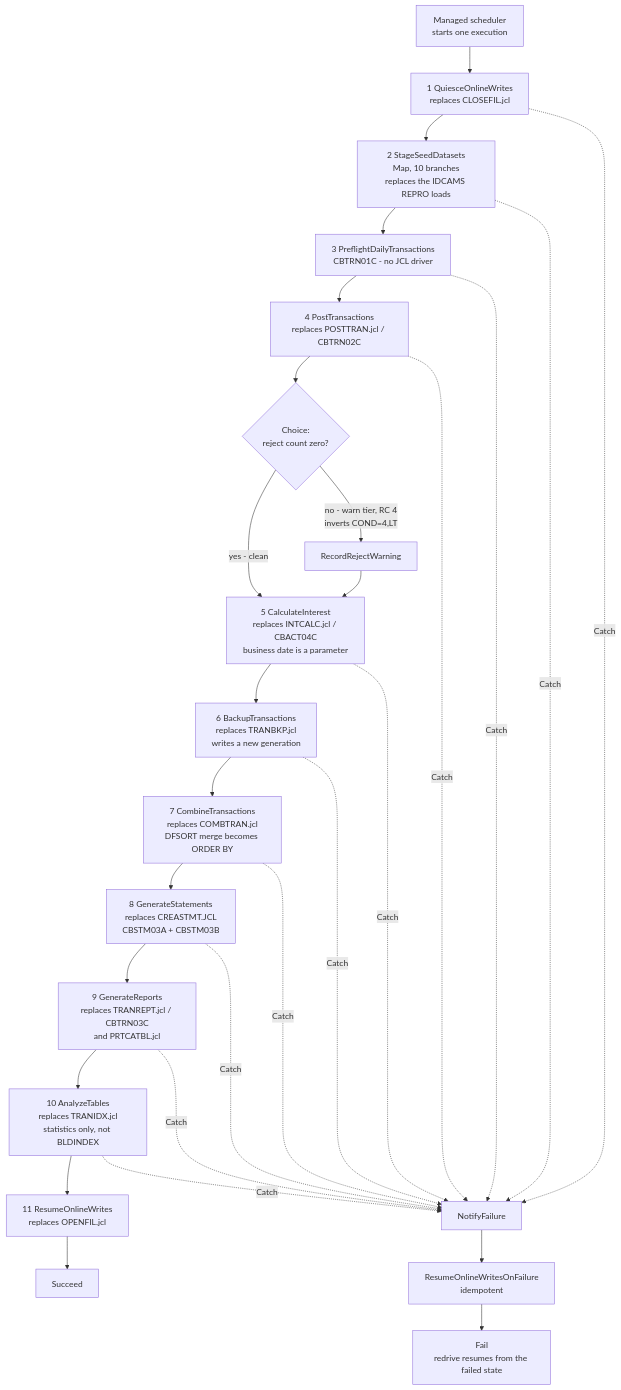
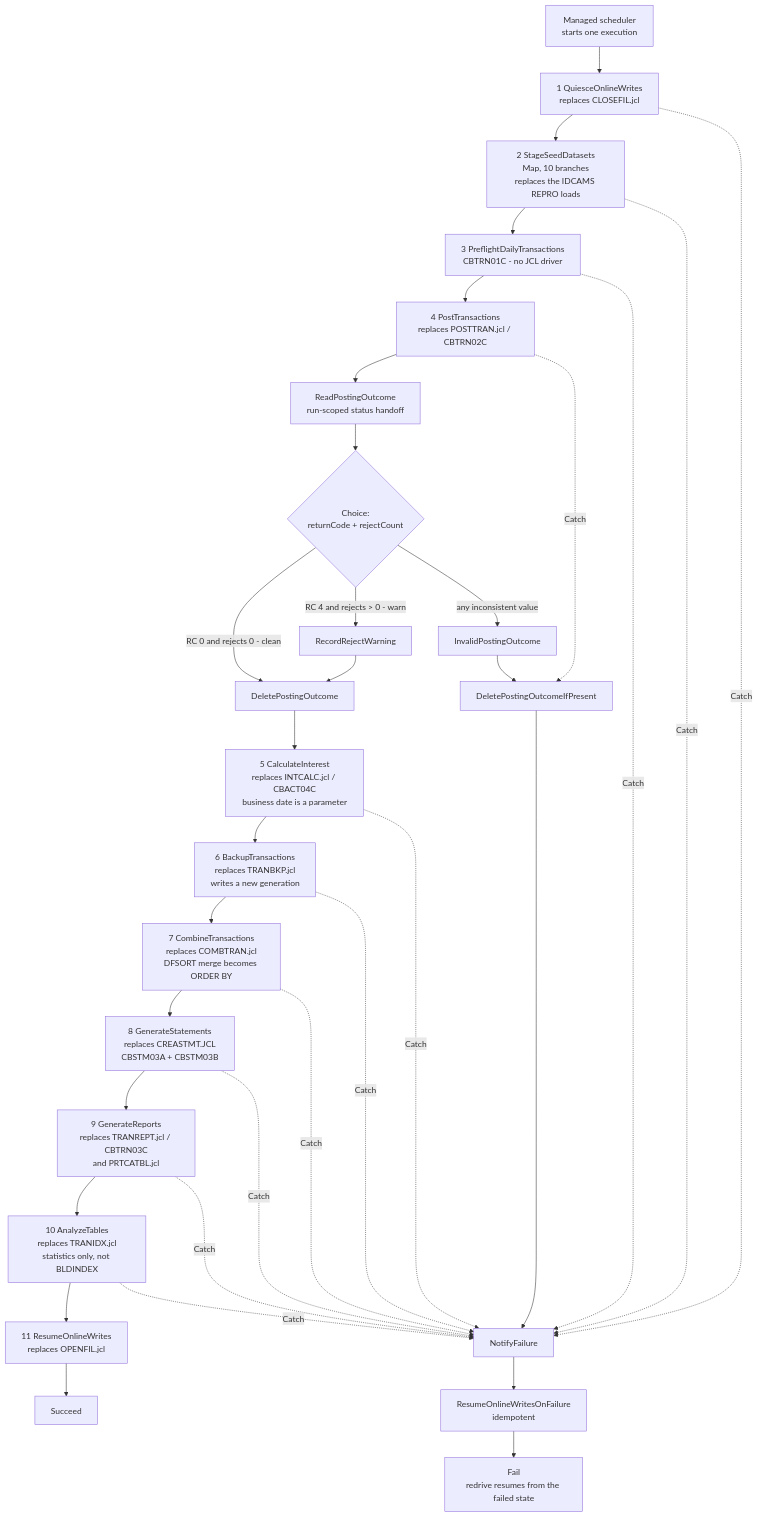
The first of 2 diagrams in docs/architecture/batch-orchestration.md (Blitzy-LocalStack/aws-mainframe-modernization-carddemo), drawn with Mermaid before and after one commit. The commit also changed other lines of this file and 319 other files, not shown here.

````diff
--- a/docs/architecture/batch-orchestration.md
+++ b/docs/architecture/batch-orchestration.md
@@ -253,38 +252,43 @@
 ```mermaid
 flowchart TD
     SCH["Managed scheduler<br/>starts one execution"] --> S1
 
     S1["1 QuiesceOnlineWrites<br/>replaces CLOSEFIL.jcl"] --> S2
     S2["2 StageSeedDatasets<br/>Map, 10 branches<br/>replaces the IDCAMS REPRO loads"] --> S3
     S3["3 PreflightDailyTransactions<br/>CBTRN01C - no JCL driver"] --> S4
-    S4["4 PostTransactions<br/>replaces POSTTRAN.jcl / CBTRN02C"] --> C4
+    S4["4 PostTransactions<br/>replaces POSTTRAN.jcl / CBTRN02C"] --> R4
 
-    C4{"Choice:<br/>reject count zero?"}
-    C4 -->|"yes - clean"| S5
-    C4 -->|"no - warn tier, RC 4<br/>inverts COND=4,LT"| W4["RecordRejectWarning"]
-    W4 --> S5
+    R4["ReadPostingOutcome<br/>run-scoped status handoff"] --> C4
+    C4{"Choice:<br/>returnCode + rejectCount"}
+    C4 -->|"RC 0 and rejects 0 - clean"| D4["DeletePostingOutcome"]
+    C4 -->|"RC 4 and rejects > 0 - warn"| W4["RecordRejectWarning"]
+    C4 -->|"any inconsistent value"| I4["InvalidPostingOutcome"]
+    W4 --> D4
+    D4 --> S5
+    I4 --> CP4["DeletePostingOutcomeIfPresent"]
 
     S5["5 CalculateInterest<br/>replaces INTCALC.jcl / CBACT04C<br/>business date is a parameter"] --> S6
     S6["6 BackupTransactions<br/>replaces TRANBKP.jcl<br/>writes a new generation"] --> S7
     S7["7 CombineTransactions<br/>replaces COMBTRAN.jcl<br/>DFSORT merge becomes ORDER BY"] --> S8
     S8["8 GenerateStatements<br/>replaces CREASTMT.JCL<br/>CBSTM03A + CBSTM03B"] --> S9
     S9["9 GenerateReports<br/>replaces TRANREPT.jcl / CBTRN03C<br/>and PRTCATBL.jcl"] --> S10
     S10["10 AnalyzeTables<br/>replaces TRANIDX.jcl<br/>statistics only, not BLDINDEX"] --> S11
     S11["11 ResumeOnlineWrites<br/>replaces OPENFIL.jcl"] --> OK["Succeed"]
 
     S1 -.->|Catch| NF
     S2 -.->|Catch| NF
     S3 -.->|Catch| NF
-    S4 -.->|Catch| NF
+    S4 -.->|Catch| CP4
     S5 -.->|Catch| NF
     S6 -.->|Catch| NF
     S7 -.->|Catch| NF
     S8 -.->|Catch| NF
     S9 -.->|Catch| NF
     S10 -.->|Catch| NF
 
+    CP4 --> NF
     NF["NotifyFailure"] --> RF["ResumeOnlineWritesOnFailure<br/>idempotent"]
     RF --> FA["Fail<br/>redrive resumes from the failed state"]
-%% The warn branch REJOINS the success path; a caught error does not. That
-%% asymmetry is the whole point of separating COND=(4,LT) from COND=(0,NE).
+%% The posting warn branch comes from CBTRN02C and the return-code contract.
+%% TRANBKP.jcl's COND=(4,LT) is local to that separate job and is not this edge.
 ```
````
